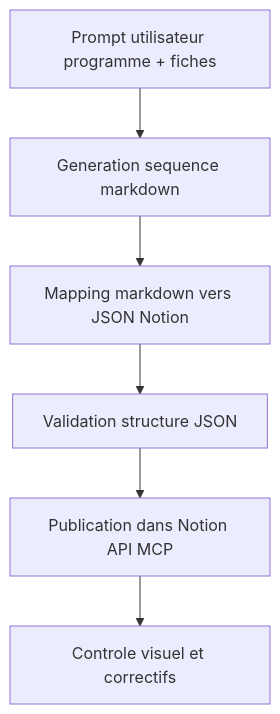
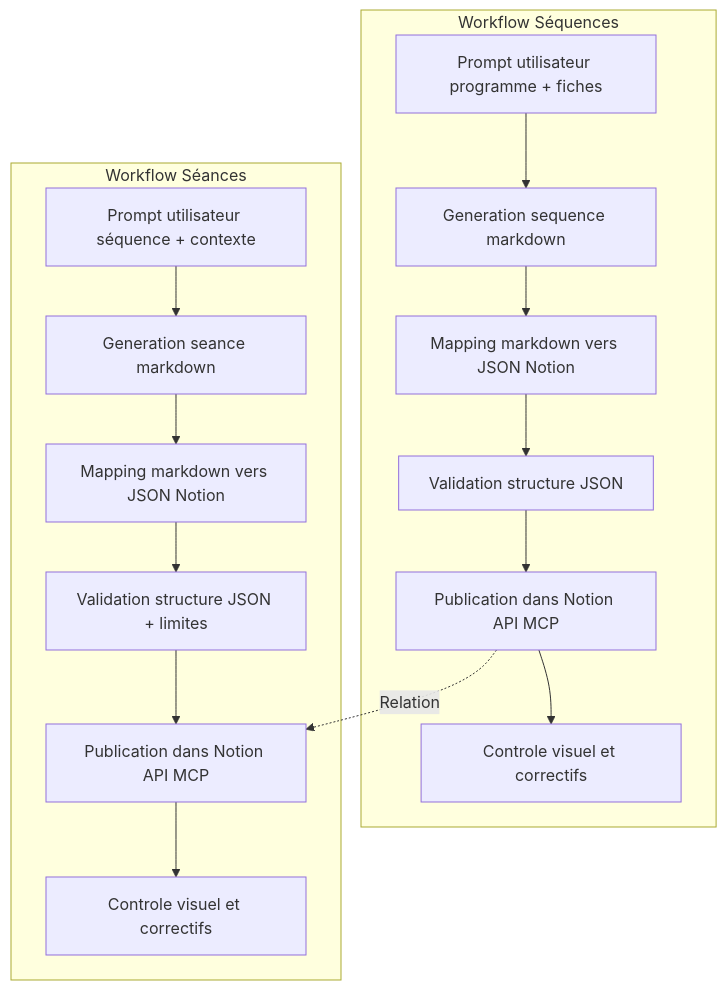
One commit to merwanguerrib/assistant-du-prof changed the diagram in docs/workflow-sequence-notion.md. Above: the diagram before and after it, drawn with Mermaid. The commit also changed other lines of this file, not shown here.

Commit message:
docs(workflow): enhance Notion workflow documentation for pedagogical sequences and sessions, adding detailed steps, requirements, and improved structure

````diff
--- a/docs/workflow-sequence-notion.md
+++ b/docs/workflow-sequence-notion.md
@@ -229,8 +361,20 @@
 ```mermaid
 graph TD
-    prompt[Prompt utilisateur programme + fiches] --> generate[Generation sequence markdown]
-    generate --> mapping[Mapping markdown vers JSON Notion]
-    mapping --> validate[Validation structure JSON]
-    validate --> publish[Publication dans Notion API MCP]
-    publish --> control[Controle visuel et correctifs]
+    subgraph "Workflow Séquences"
+        prompt_seq[Prompt utilisateur programme + fiches] --> generate_seq[Generation sequence markdown]
+        generate_seq --> mapping_seq[Mapping markdown vers JSON Notion]
+        mapping_seq --> validate_seq[Validation structure JSON]
+        validate_seq --> publish_seq[Publication dans Notion API MCP]
+        publish_seq --> control_seq[Controle visuel et correctifs]
+    end
+
+    subgraph "Workflow Séances"
+        prompt_seance[Prompt utilisateur séquence + contexte] --> generate_seance[Generation seance markdown]
+        generate_seance --> mapping_seance[Mapping markdown vers JSON Notion]
+        mapping_seance --> validate_seance[Validation structure JSON + limites]
+        validate_seance --> publish_seance[Publication dans Notion API MCP]
+        publish_seance --> control_seance[Controle visuel et correctifs]
+    end
+
+    publish_seq -.->|Relation| publish_seance
 ```
````
